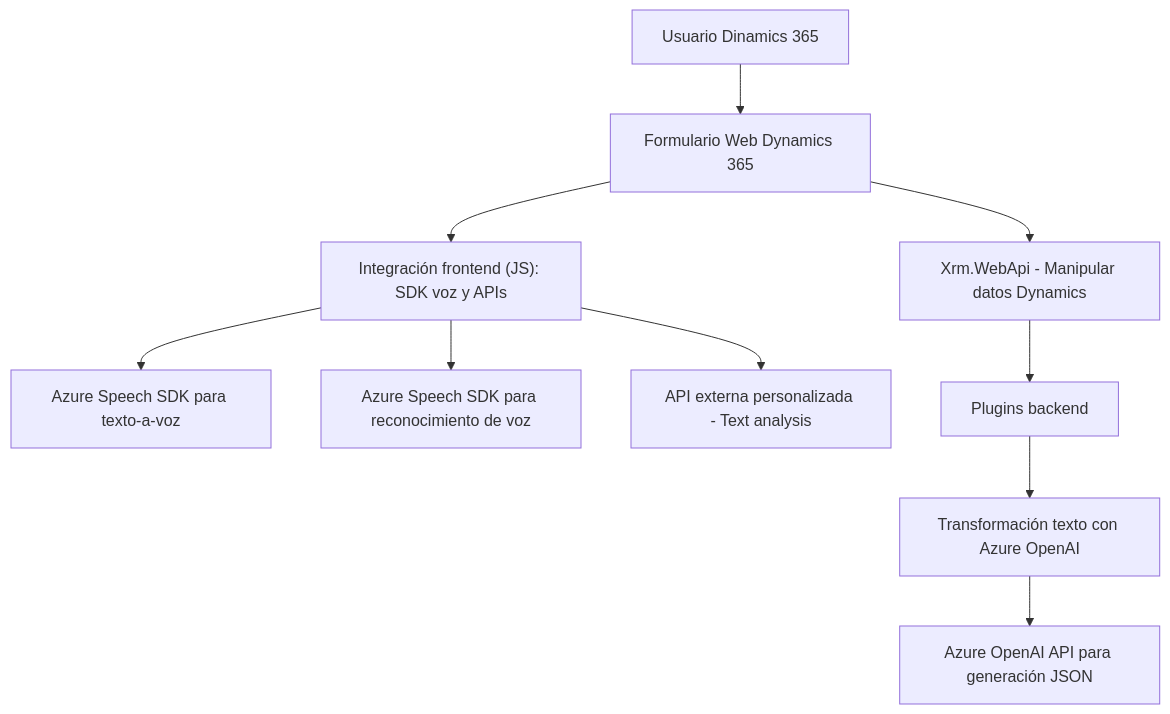
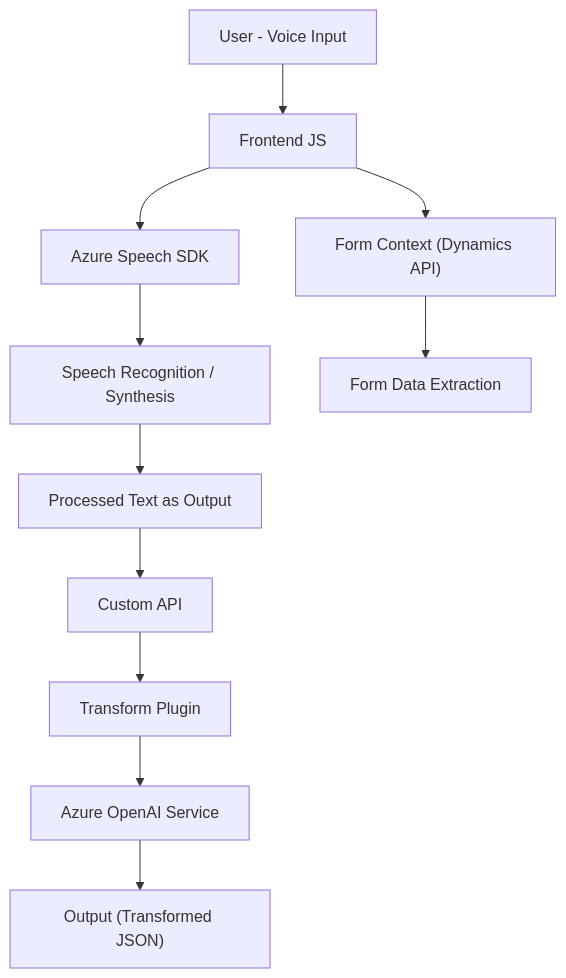
One commit to blopezdm/NETCORE_BILBAO2025 changed the diagram in README.md. Above: the diagram before and after it, drawn with Mermaid. The commit also changed other lines of this file, not shown here.

Commit message:
Actualizar análisis global de la solución con IA

````diff
--- a/README.md
+++ b/README.md
@@ -41,12 +34,13 @@
 ```mermaid
 graph TD
-A["Usuario Dinamics 365"] --> B["Formulario Web Dynamics 365"]
-B --> C["Integración frontend (JS): SDK voz y APIs"]
-C --> D["Azure Speech SDK para texto-a-voz"]
-C --> E["Azure Speech SDK para reconocimiento de voz"]
-B --> F["Xrm.WebApi - Manipular datos Dynamics"]
-F --> G["Plugins backend"]
-G --> H["Transformación texto con Azure OpenAI"]
-C --> I["API externa personalizada - Text analysis"]
-H --> J["Azure OpenAI API para generación JSON"]
+    A["User - Voice Input"] --> B["Frontend JS"]
+    B --> C["Azure Speech SDK"]
+    B --> D["Form Context (Dynamics API)"]
+    C --> E["Speech Recognition / Synthesis"]
+    D --> F["Form Data Extraction"]
+    E --> G["Processed Text as Output"]
+    G --> H["Custom API"]
+    H --> I["Transform Plugin"]
+    I --> J["Azure OpenAI Service"]
+    J --> K["Output (Transformed JSON)"]
 ```
````
